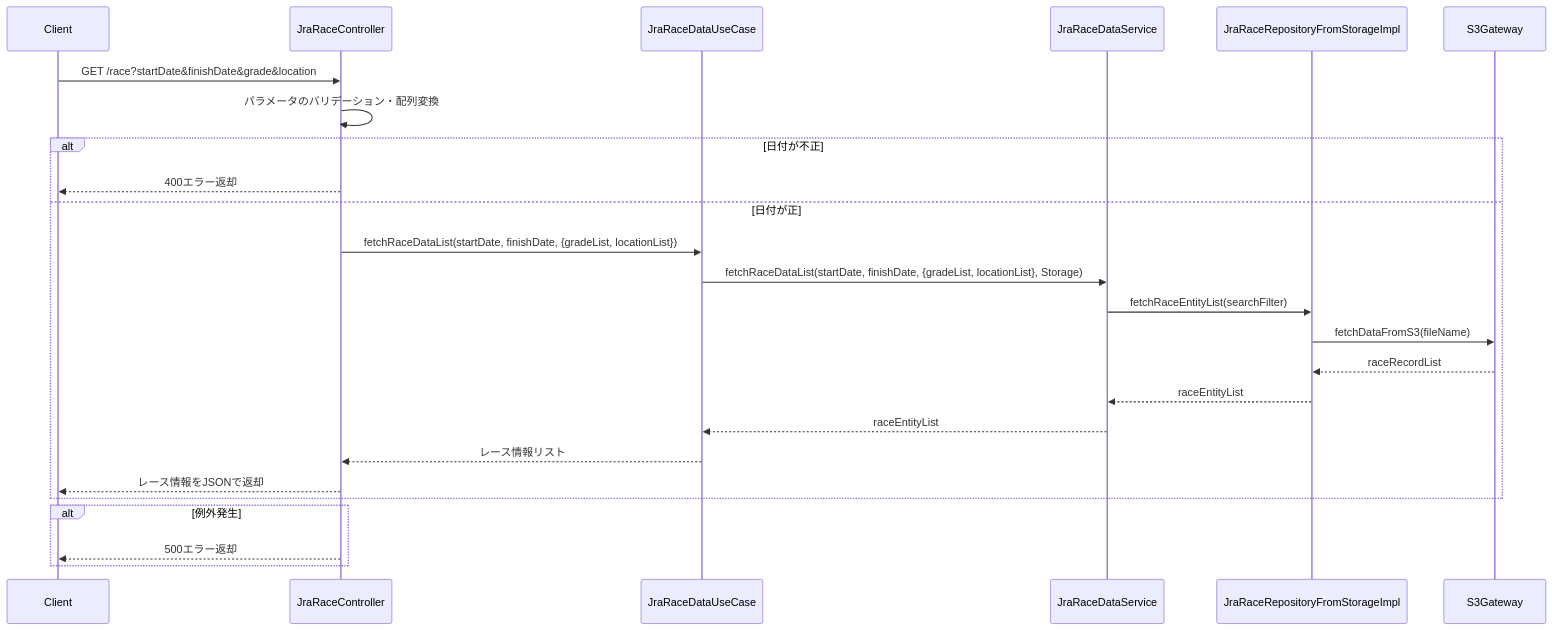
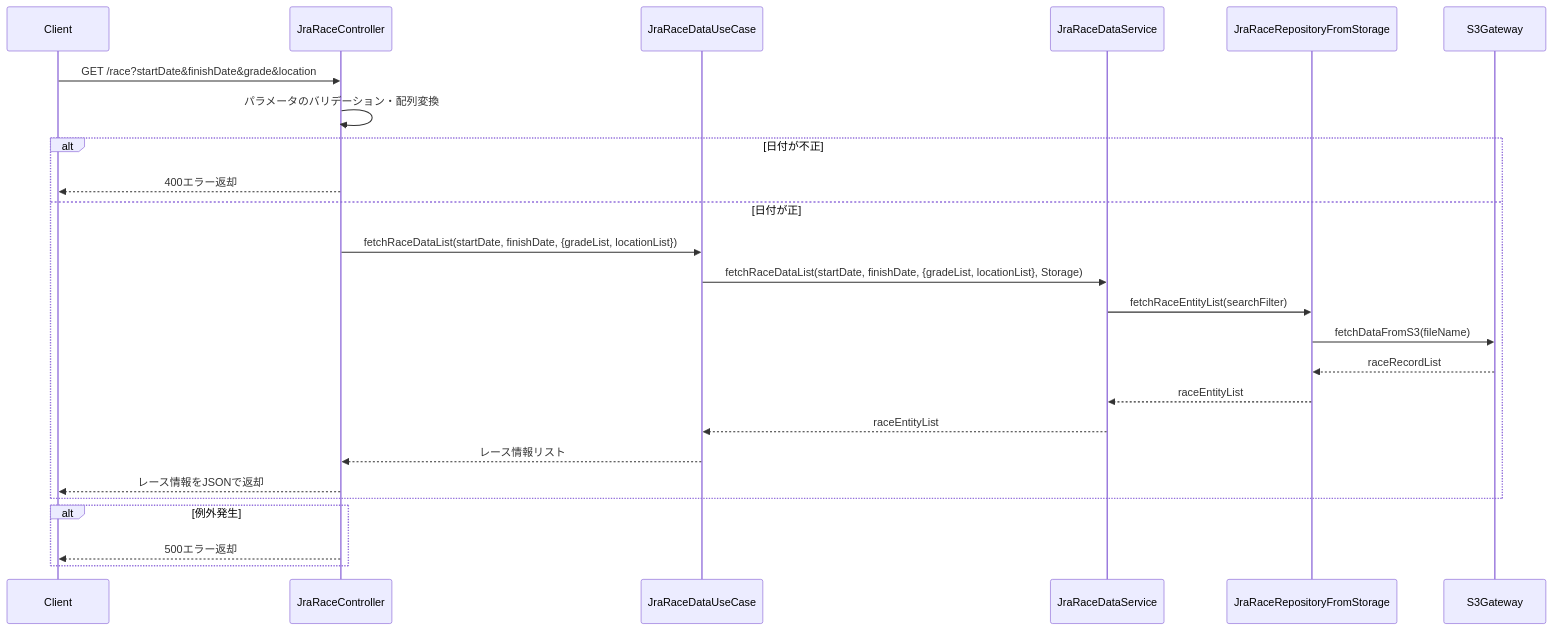
The diagram in document/detail-design/sequence/jra/getRaceDataList.md (taichi6930/race-schedule-api), drawn with Mermaid before and after one commit. The commit also changed 89 other files, not shown here.

````diff
--- a/document/detail-design/sequence/jra/getRaceDataList.md
+++ b/document/detail-design/sequence/jra/getRaceDataList.md
@@ -3,28 +3,28 @@
 ```mermaid
 sequenceDiagram
     participant Client
     participant JraRaceController
     participant JraRaceDataUseCase
     participant JraRaceDataService
-    participant JraRaceRepositoryFromStorageImpl
+    participant JraRaceRepositoryFromStorage
     participant S3Gateway
 
     Client->>JraRaceController: GET /race?startDate&finishDate&grade&location
     JraRaceController->>JraRaceController: パラメータのバリデーション・配列変換
     alt 日付が不正
         JraRaceController-->>Client: 400エラー返却
     else 日付が正
         JraRaceController->>JraRaceDataUseCase: fetchRaceDataList(startDate, finishDate, {gradeList, locationList})
         JraRaceDataUseCase->>JraRaceDataService: fetchRaceDataList(startDate, finishDate, {gradeList, locationList}, Storage)
-        JraRaceDataService->>JraRaceRepositoryFromStorageImpl: fetchRaceEntityList(searchFilter)
-        JraRaceRepositoryFromStorageImpl->>S3Gateway: fetchDataFromS3(fileName)
-        S3Gateway-->>JraRaceRepositoryFromStorageImpl: raceRecordList
-        JraRaceRepositoryFromStorageImpl-->>JraRaceDataService: raceEntityList
+        JraRaceDataService->>JraRaceRepositoryFromStorage: fetchRaceEntityList(searchFilter)
+        JraRaceRepositoryFromStorage->>S3Gateway: fetchDataFromS3(fileName)
+        S3Gateway-->>JraRaceRepositoryFromStorage: raceRecordList
+        JraRaceRepositoryFromStorage-->>JraRaceDataService: raceEntityList
         JraRaceDataService-->>JraRaceDataUseCase: raceEntityList
         JraRaceDataUseCase-->>JraRaceController: レース情報リスト
         JraRaceController-->>Client: レース情報をJSONで返却
     end
     alt 例外発生
         JraRaceController-->>Client: 500エラー返却
     end
 ```
````
